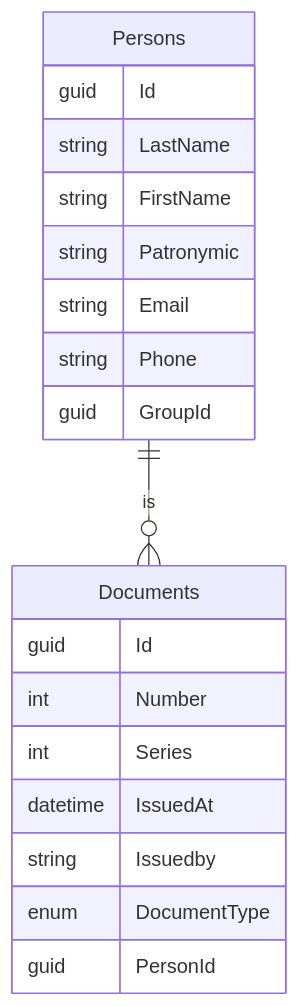
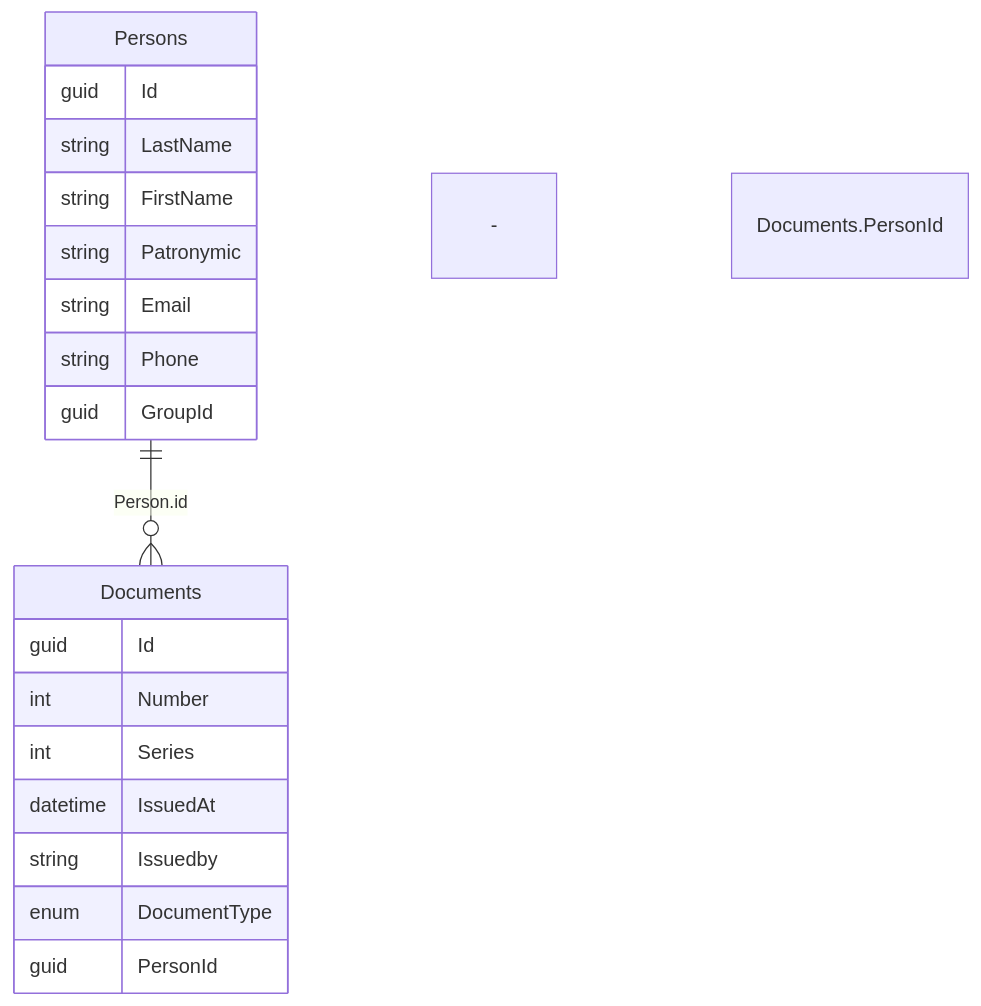
Before and after one commit to SlavaNik16/Accessories_PC_Nik_Api: the diagram in README.md, drawn with Mermaid.

````diff
--- a/README.md
+++ b/README.md
@@ -5,22 +5,22 @@
 ```mermaid
 erDiagram
     Persons {
         guid Id
         string LastName
         string FirstName
         string Patronymic
         string Email
         string Phone
         guid GroupId
     }
     Documents {
         guid Id
         int Number
         int Series
         datetime IssuedAt
         string Issuedby
         enum DocumentType
         guid PersonId
     }
-Persons ||--o{ Documents: is
+Persons ||--o{ Documents: Person.id - Documents.PersonId
 ```
````
